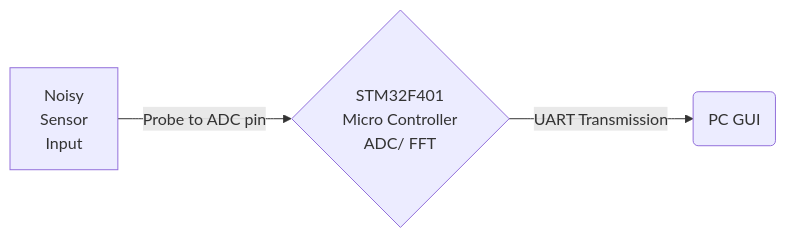
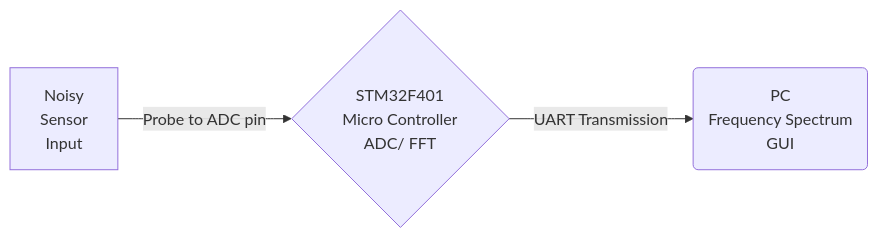
The diagram in README.md (Santhush95/STM32-SignalAnalyzer), drawn with Mermaid before and after one commit.

Commit message:
README file updates - Methodology flow chart

````diff
--- a/README.md
+++ b/README.md
@@ -13,6 +13,6 @@
 ```mermaid
 graph LR
 A[Noisy <br> Sensor <br> Input] -- Probe to ADC pin --> B{STM32F401 <br> Micro Controller <br> ADC/ FFT}
-B -- UART Transmission --> D(PC GUI)
+B -- UART Transmission --> D(PC <br> Frequency Spectrum <br> GUI)
 
 ```
````
